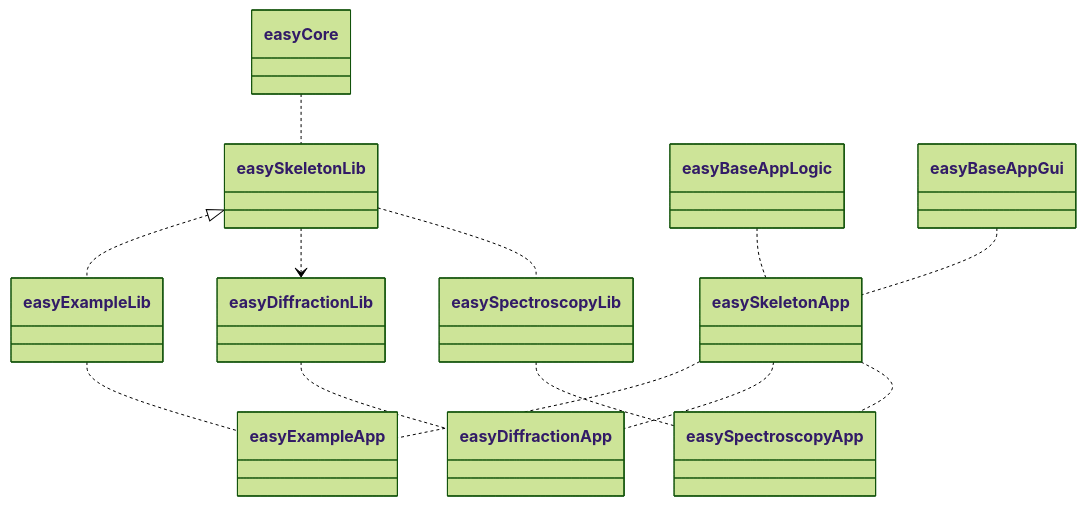
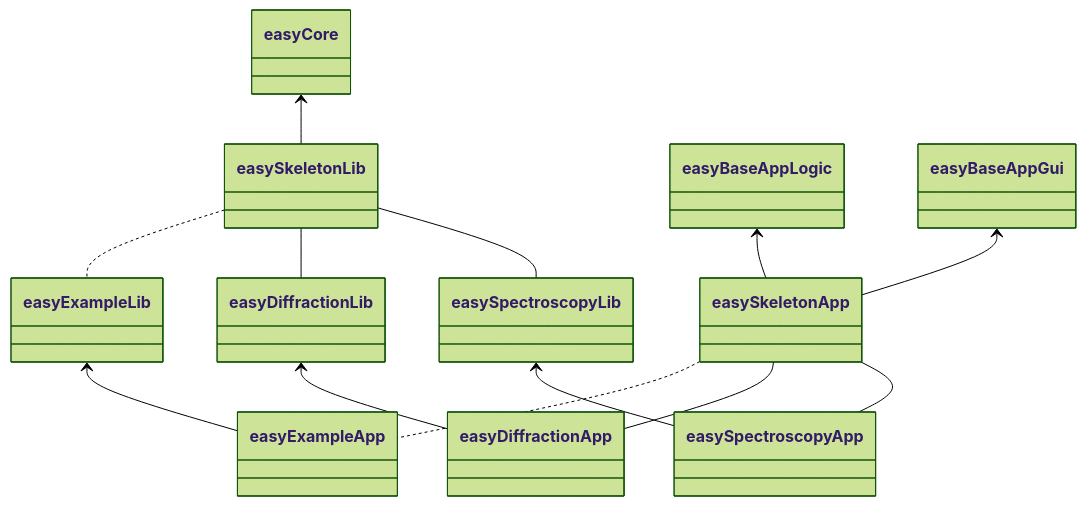
The fourth of 6 diagrams in easyScience.md (easyScience/easyScience), drawn with Mermaid (forest theme) before and after one commit.

````diff
--- a/easyScience.md
+++ b/easyScience.md
@@ -70,21 +70,18 @@
 ```mermaid
 classDiagram
 
-easyExampleLib .. easyExampleApp
-easyDiffractionLib .. easyDiffractionApp
-easySpectroscopyLib .. easySpectroscopyApp
+easyCore <-- easySkeletonLib
+easySkeletonLib .. easyExampleLib
+easySkeletonLib -- easyDiffractionLib
+easySkeletonLib -- easySpectroscopyLib
 
+easyBaseAppLogic <-- easySkeletonApp
+easyBaseAppGui <-- easySkeletonApp
+easySkeletonApp .. easyExampleApp
+easySkeletonApp -- easyDiffractionApp
+easySkeletonApp -- easySpectroscopyApp
 
-easyCore .. easySkeletonLib
-easySkeletonLib <|.. easyExampleLib
-easySkeletonLib ..> easyDiffractionLib
-easySkeletonLib .. easySpectroscopyLib
-
-
-
-easyBaseAppLogic .. easySkeletonApp
-easyBaseAppGui .. easySkeletonApp
-easySkeletonApp .. easyExampleApp
-easySkeletonApp .. easyDiffractionApp
-easySkeletonApp .. easySpectroscopyApp
+easyExampleLib <-- easyExampleApp
+easyDiffractionLib <-- easyDiffractionApp
+easySpectroscopyLib <-- easySpectroscopyApp
 ```
````
